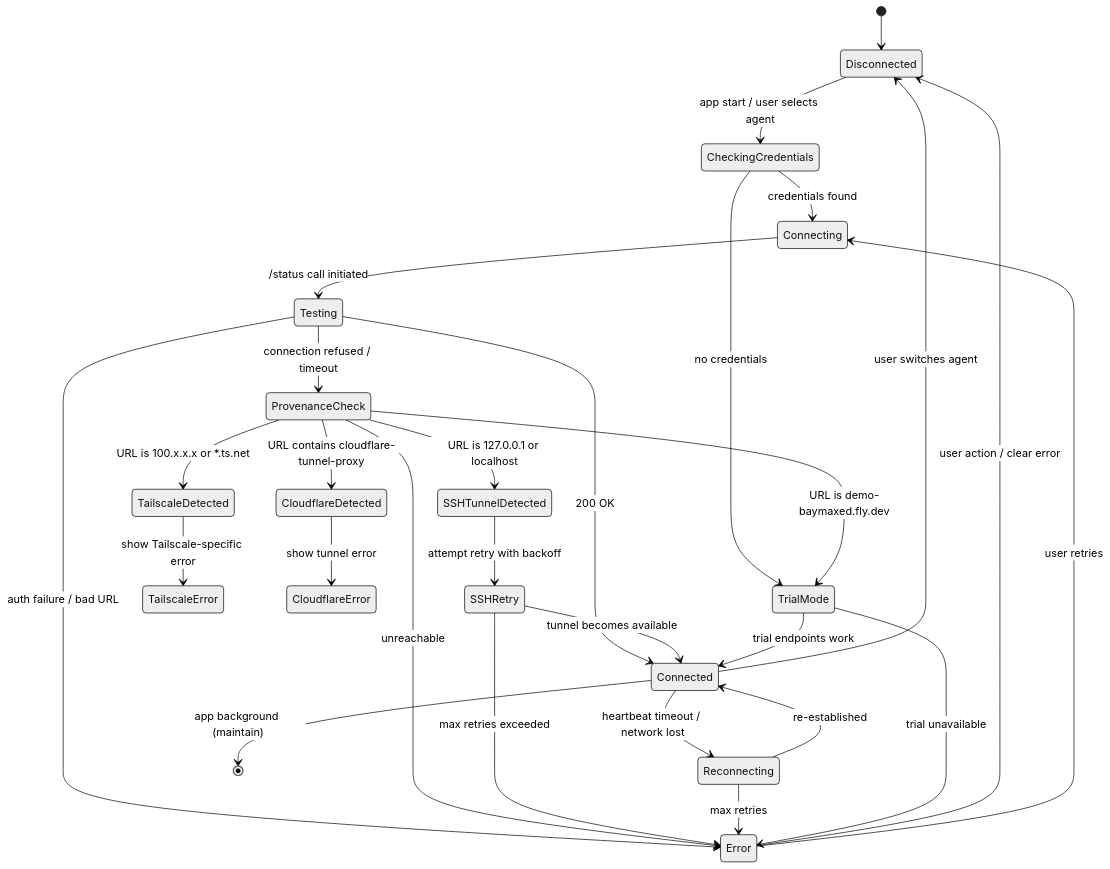
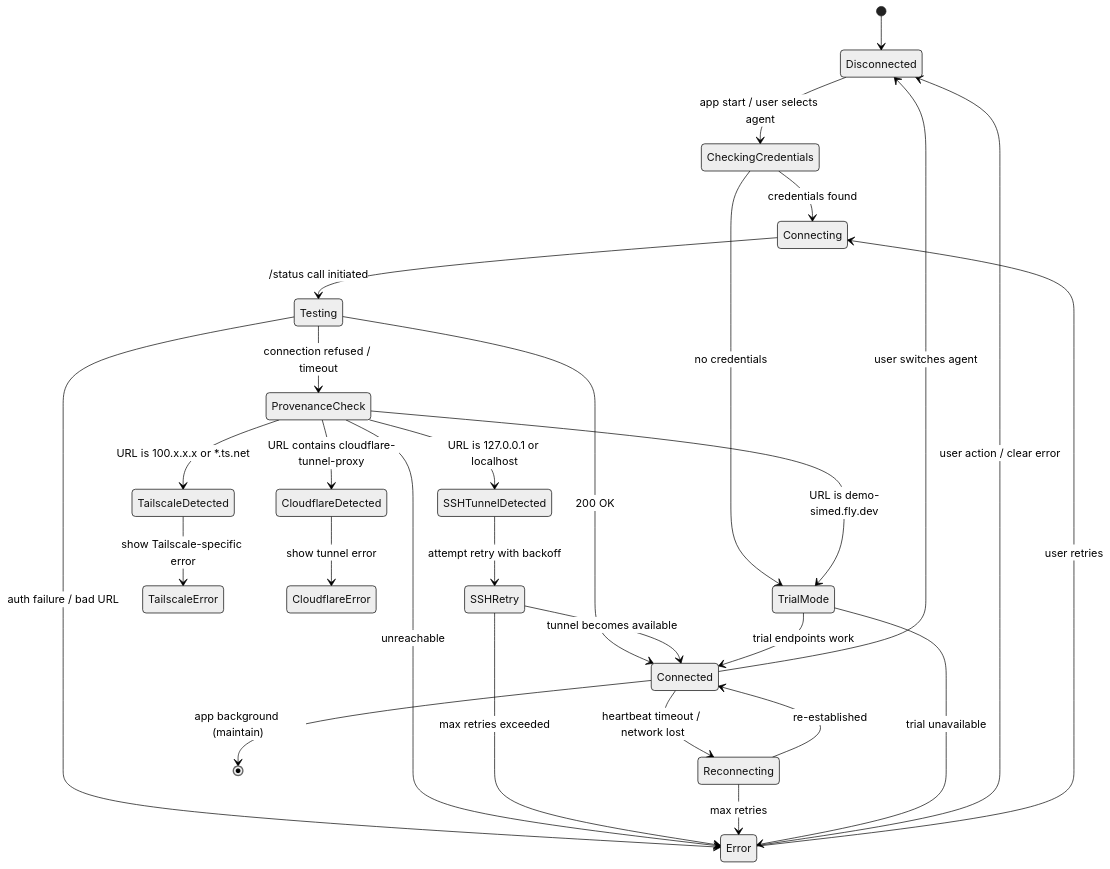
One commit to imagineerings/xor changed the second of 4 diagrams in .agents/specs/mobile/mobile-core-infrastructure/design.md. Above: the diagram before and after it, drawn with Mermaid (neutral theme). The commit also changed other lines of this file and 1952 other files, not shown here.

````diff
--- a/.agents/specs/mobile/mobile-core-infrastructure/design.md
+++ b/.agents/specs/mobile/mobile-core-infrastructure/design.md
@@ -111,38 +111,38 @@
 ```mermaid
 stateDiagram-v2
     [*] --> Disconnected
 
     Disconnected --> CheckingCredentials: app start / user selects agent
     CheckingCredentials --> Connecting: credentials found
     CheckingCredentials --> TrialMode: no credentials
 
     Connecting --> Testing : /status call initiated
     Testing --> Connected : 200 OK
     Testing --> ProvenanceCheck : connection refused / timeout
     Testing --> Error : auth failure / bad URL
 
     ProvenanceCheck --> TailscaleDetected: URL is 100.x.x.x or *.ts.net
     ProvenanceCheck --> CloudflareDetected: URL contains cloudflare-tunnel-proxy
     ProvenanceCheck --> SSHTunnelDetected: URL is 127.0.0.1 or localhost
-    ProvenanceCheck --> TrialMode: URL is demo-baymaxed.fly.dev
+    ProvenanceCheck --> TrialMode: URL is demo-simed.fly.dev
     ProvenanceCheck --> Error: unreachable
 
     TailscaleDetected --> TailscaleError: show Tailscale-specific error
     CloudflareDetected --> CloudflareError: show tunnel error
     SSHTunnelDetected --> SSHRetry: attempt retry with backoff
     SSHRetry --> Connected: tunnel becomes available
     SSHRetry --> Error: max retries exceeded
 
     Connected --> Reconnecting: heartbeat timeout / network lost
     Reconnecting --> Connected: re-established
     Reconnecting --> Error: max retries
 
     TrialMode --> Connected: trial endpoints work
     TrialMode --> Error: trial unavailable
 
     Error --> Disconnected: user action / clear error
     Error --> Connecting: user retries
 
     Connected --> Disconnected: user switches agent
     Connected --> [*] : app background (maintain)
 ```
````
